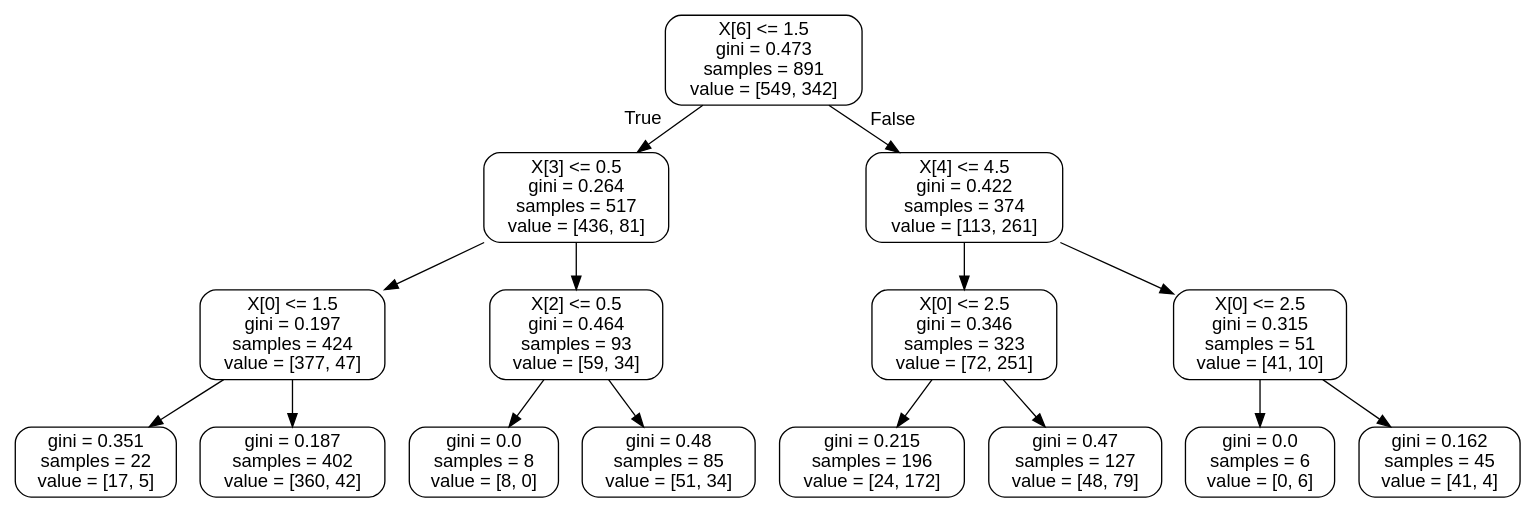
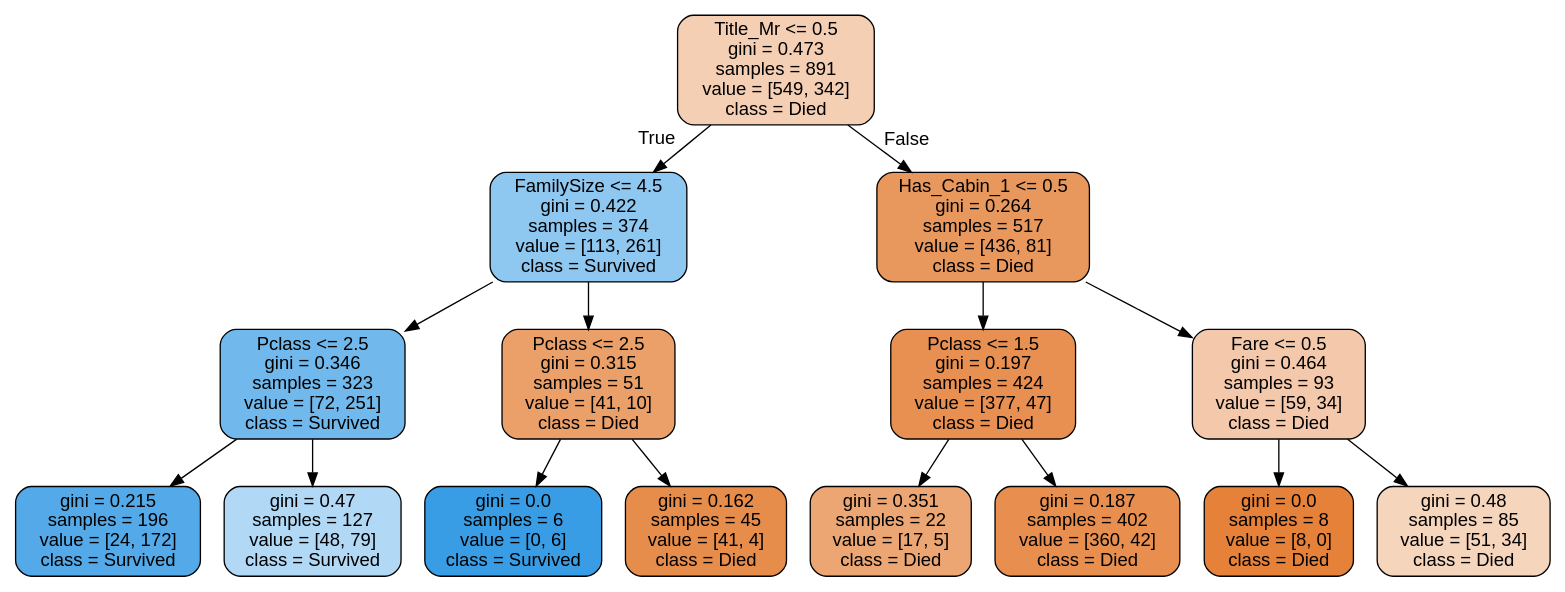
Before and after one commit to BijayaLaxmiSenapati/Machine-Learning: the diagram in tree1.dot, drawn with Graphviz. The commit also changed 5 other files, not shown here.

```diff
--- a/tree1.dot
+++ b/tree1.dot
@@ -1,33 +1,33 @@
 digraph Tree {
-node [shape=box, style="rounded", color="black", fontname=helvetica] ;
+node [shape=box, style="filled, rounded", color="black", fontname=helvetica] ;
 edge [fontname=helvetica] ;
-0 [label="X[6] <= 1.5\ngini = 0.473\nsamples = 891\nvalue = [549, 342]"] ;
-1 [label="X[3] <= 0.5\ngini = 0.264\nsamples = 517\nvalue = [436, 81]"] ;
+0 [label="Title_Mr <= 0.5\ngini = 0.473\nsamples = 891\nvalue = [549, 342]\nclass = Died", fillcolor="#e5813960"] ;
+1 [label="FamilySize <= 4.5\ngini = 0.422\nsamples = 374\nvalue = [113, 261]\nclass = Survived", fillcolor="#399de591"] ;
 0 -> 1 [labeldistance=2.5, labelangle=45, headlabel="True"] ;
-2 [label="X[0] <= 1.5\ngini = 0.197\nsamples = 424\nvalue = [377, 47]"] ;
+2 [label="Pclass <= 2.5\ngini = 0.346\nsamples = 323\nvalue = [72, 251]\nclass = Survived", fillcolor="#399de5b6"] ;
 1 -> 2 ;
-3 [label="gini = 0.351\nsamples = 22\nvalue = [17, 5]"] ;
+3 [label="gini = 0.215\nsamples = 196\nvalue = [24, 172]\nclass = Survived", fillcolor="#399de5db"] ;
 2 -> 3 ;
-4 [label="gini = 0.187\nsamples = 402\nvalue = [360, 42]"] ;
+4 [label="gini = 0.47\nsamples = 127\nvalue = [48, 79]\nclass = Survived", fillcolor="#399de564"] ;
 2 -> 4 ;
-5 [label="X[2] <= 0.5\ngini = 0.464\nsamples = 93\nvalue = [59, 34]"] ;
+5 [label="Pclass <= 2.5\ngini = 0.315\nsamples = 51\nvalue = [41, 10]\nclass = Died", fillcolor="#e58139c1"] ;
 1 -> 5 ;
-6 [label="gini = 0.0\nsamples = 8\nvalue = [8, 0]"] ;
+6 [label="gini = 0.0\nsamples = 6\nvalue = [0, 6]\nclass = Survived", fillcolor="#399de5ff"] ;
 5 -> 6 ;
-7 [label="gini = 0.48\nsamples = 85\nvalue = [51, 34]"] ;
+7 [label="gini = 0.162\nsamples = 45\nvalue = [41, 4]\nclass = Died", fillcolor="#e58139e6"] ;
 5 -> 7 ;
-8 [label="X[4] <= 4.5\ngini = 0.422\nsamples = 374\nvalue = [113, 261]"] ;
+8 [label="Has_Cabin_1 <= 0.5\ngini = 0.264\nsamples = 517\nvalue = [436, 81]\nclass = Died", fillcolor="#e58139d0"] ;
 0 -> 8 [labeldistance=2.5, labelangle=-45, headlabel="False"] ;
-9 [label="X[0] <= 2.5\ngini = 0.346\nsamples = 323\nvalue = [72, 251]"] ;
+9 [label="Pclass <= 1.5\ngini = 0.197\nsamples = 424\nvalue = [377, 47]\nclass = Died", fillcolor="#e58139df"] ;
 8 -> 9 ;
-10 [label="gini = 0.215\nsamples = 196\nvalue = [24, 172]"] ;
+10 [label="gini = 0.351\nsamples = 22\nvalue = [17, 5]\nclass = Died", fillcolor="#e58139b4"] ;
 9 -> 10 ;
-11 [label="gini = 0.47\nsamples = 127\nvalue = [48, 79]"] ;
+11 [label="gini = 0.187\nsamples = 402\nvalue = [360, 42]\nclass = Died", fillcolor="#e58139e1"] ;
 9 -> 11 ;
-12 [label="X[0] <= 2.5\ngini = 0.315\nsamples = 51\nvalue = [41, 10]"] ;
+12 [label="Fare <= 0.5\ngini = 0.464\nsamples = 93\nvalue = [59, 34]\nclass = Died", fillcolor="#e581396c"] ;
 8 -> 12 ;
-13 [label="gini = 0.0\nsamples = 6\nvalue = [0, 6]"] ;
+13 [label="gini = 0.0\nsamples = 8\nvalue = [8, 0]\nclass = Died", fillcolor="#e58139ff"] ;
 12 -> 13 ;
-14 [label="gini = 0.162\nsamples = 45\nvalue = [41, 4]"] ;
+14 [label="gini = 0.48\nsamples = 85\nvalue = [51, 34]\nclass = Died", fillcolor="#e5813955"] ;
 12 -> 14 ;
 }
```
